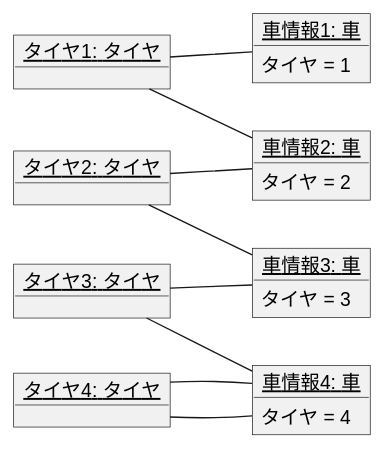
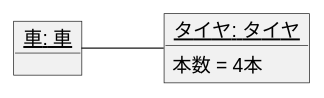
The diagram in 演習3-4_オブジェクト図.pu (Takhshi/uml-introduction), drawn with PlantUML before and after one commit. The commit also changed 4 other files, not shown here.

```diff
--- a/演習3-4_オブジェクト図.pu
+++ b/演習3-4_オブジェクト図.pu
@@ -1,31 +1,9 @@
 @startuml オブジェクト図
 left to right direction
-object "<u>車情報1: 車</u>" as car1 {
-タイヤ = 1
+object "<u>車: 車</u>" as car {
 }
-object "<u>車情報2: 車</u>" as car2 {
-タイヤ = 2
+object "<u>タイヤ: タイヤ</u>" as tire {
+本数 = 4本
 }
-object "<u>車情報3: 車</u>" as car3 {
-タイヤ = 3
-}
-object "<u>車情報4: 車</u>" as car4 {
-タイヤ = 4
-}
-object "<u>タイヤ1: タイヤ</u>" as t1 {
-}
-object "<u>タイヤ2: タイヤ</u>" as t2 {
-}
-object "<u>タイヤ3: タイヤ</u>" as t3 {
-}
-object "<u>タイヤ4: タイヤ</u>" as t4 {
-}
-t1 -- car1
-t1 -- car2
-t2 -- car2
-t2 -- car3
-t3 -- car3
-t3 -- car4
-t4 -- car4
-t4 --car4
+car -- tire
 @enduml
```
